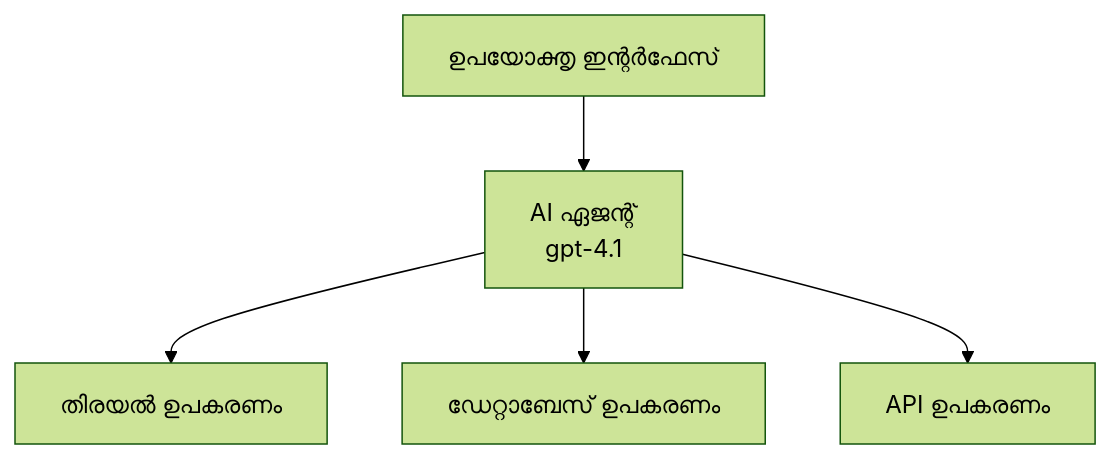
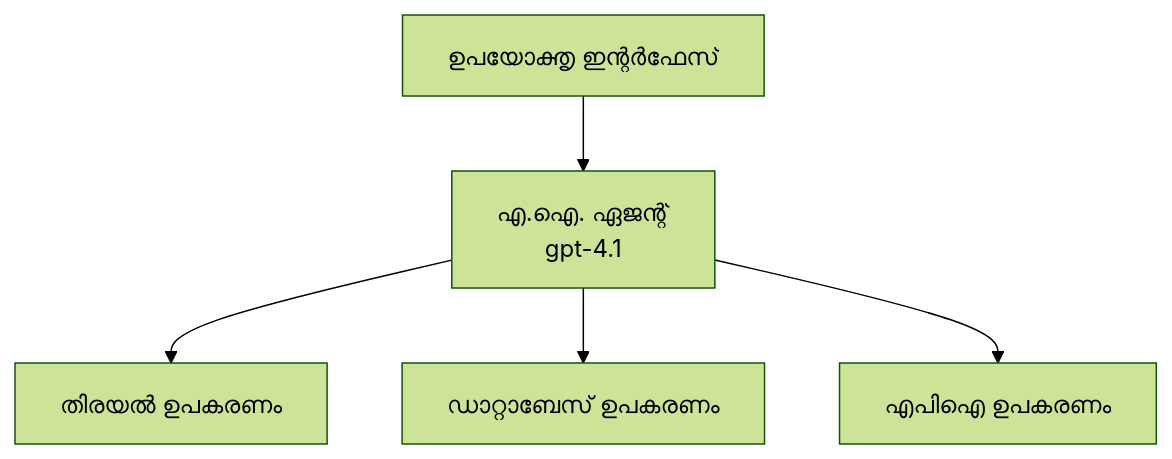
The first of 3 diagrams in translations/ml/docs/chapter-02-ai-development/agents.md (microsoft/AZD-for-beginners), drawn with Mermaid (forest theme) before and after one commit. The commit also changed other lines of this file and 104 other files, not shown here.

````diff
--- a/translations/ml/docs/chapter-02-ai-development/agents.md
+++ b/translations/ml/docs/chapter-02-ai-development/agents.md
@@ -157,7 +162,7 @@
 ```mermaid
 graph TD
-    UI[ഉപയോക്തൃ ഇന്റർഫേസ്] --> Agent[AI ഏജന്റ്<br/>gpt-4.1]
+    UI[ഉപയോക്തൃ ഇന്റർഫേസ്] --> Agent[എ.ഐ. ഏജന്റ്<br/>gpt-4.1]
     Agent --> Search[തിരയൽ ഉപകരണം]
-    Agent --> Database[ഡേറ്റാബേസ് ഉപകരണം]
-    Agent --> API[API ഉപകരണം]
+    Agent --> Database[ഡാറ്റാബേസ് ഉപകരണം]
+    Agent --> API[എപിഐ ഉപകരണം]
 ```
````
